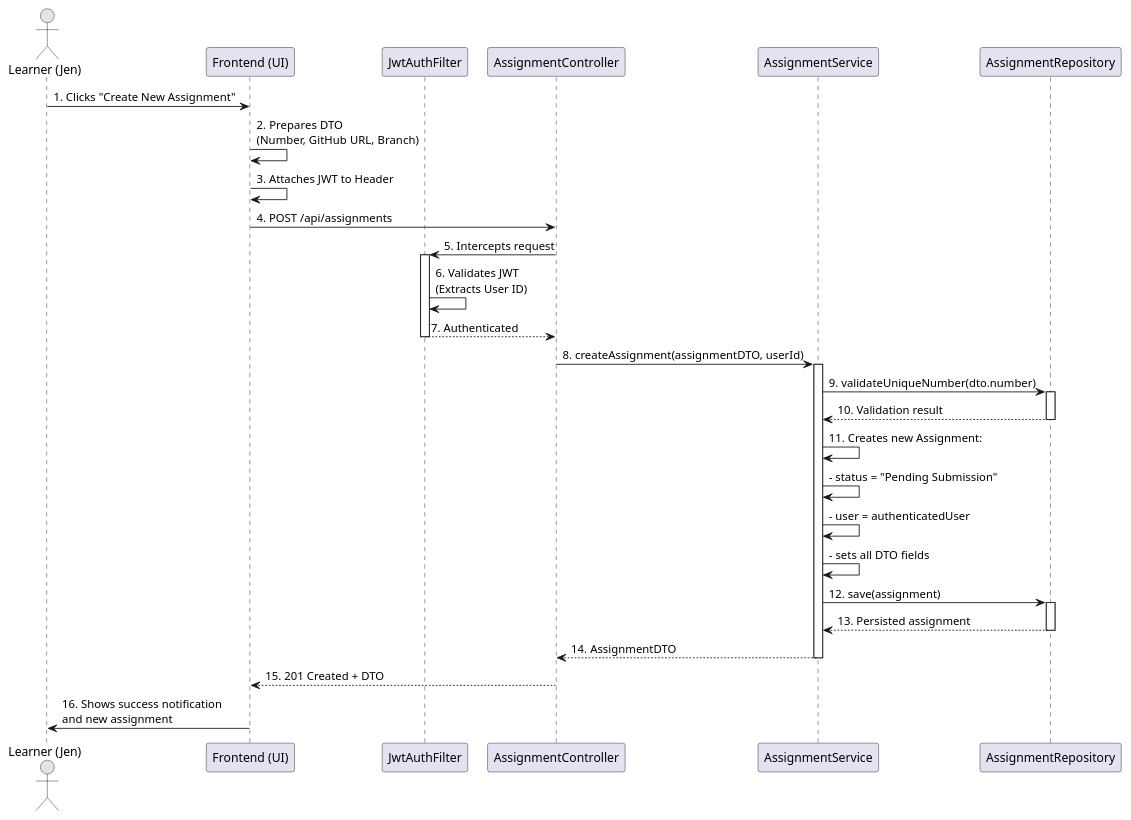
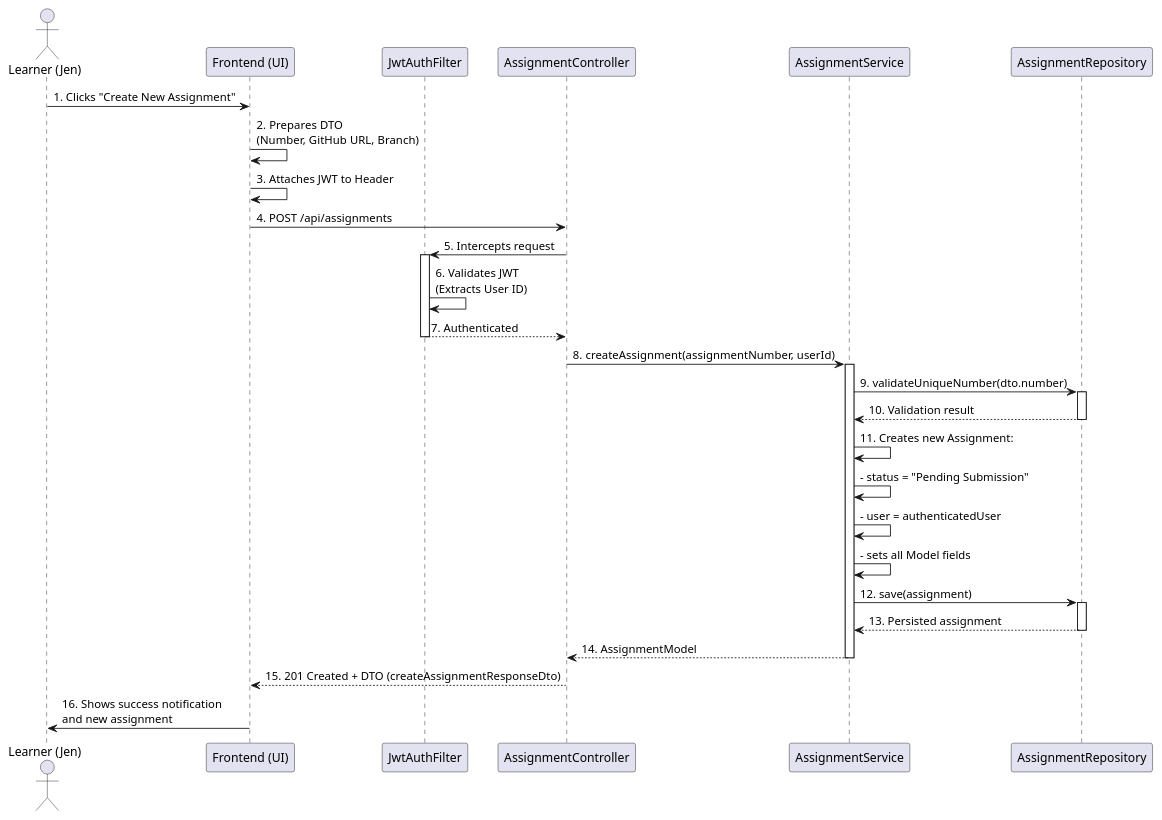
One commit to mouse1999/BloomCodeCamp-be-a-starter changed the diagram in src/main/resources/createAssignment.puml. Above: the diagram before and after it, drawn with PlantUML. The commit also changed 38 other files, not shown here.

Commit message:
implemented some method Assignment service class and its test class

```diff
--- a/src/main/resources/createAssignment.puml
+++ b/src/main/resources/createAssignment.puml
@@ -1,47 +1,47 @@
 @startuml
 
 
 actor User as "Learner (Jen)"
 participant Frontend as "Frontend (UI)"
 participant "JwtAuthFilter" as AuthFilter
 participant "AssignmentController" as Controller
 participant "AssignmentService" as Service
 participant "AssignmentRepository" as Repository
 
 
 User -> Frontend : 1. Clicks "Create New Assignment"
 Frontend -> Frontend : 2. Prepares DTO\n(Number, GitHub URL, Branch)
 Frontend -> Frontend : 3. Attaches JWT to Header
 Frontend -> Controller : 4. POST /api/assignments
 
 Controller -> AuthFilter : 5. Intercepts request
 activate AuthFilter
 AuthFilter -> AuthFilter : 6. Validates JWT\n(Extracts User ID)
 AuthFilter --> Controller : 7. Authenticated
 deactivate AuthFilter
 
-Controller -> Service : 8. createAssignment(assignmentDTO, userId)
+Controller -> Service : 8. createAssignment(assignmentNumber, userId)
 activate Service
 
 Service -> Repository : 9. validateUniqueNumber(dto.number)
 activate Repository
 Repository --> Service : 10. Validation result
 deactivate Repository
 
 Service -> Service : 11. Creates new Assignment:
 Service -> Service : - status = "Pending Submission"
 Service -> Service : - user = authenticatedUser
-Service -> Service : - sets all DTO fields
+Service -> Service : - sets all Model fields
 
 Service -> Repository : 12. save(assignment)
 activate Repository
 Repository --> Service : 13. Persisted assignment
 deactivate Repository
 
-Service --> Controller : 14. AssignmentDTO
+Service --> Controller : 14. AssignmentModel
 deactivate Service
 
-Controller --> Frontend : 15. 201 Created + DTO
+Controller --> Frontend : 15. 201 Created + DTO (createAssignmentResponseDto)
 Frontend -> User : 16. Shows success notification\nand new assignment
 
 @enduml
```
